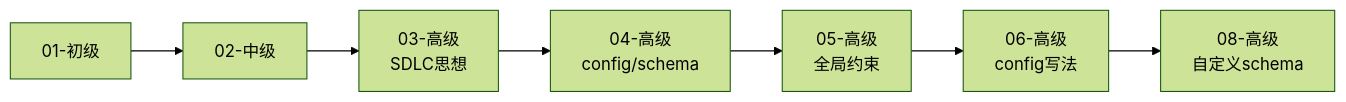
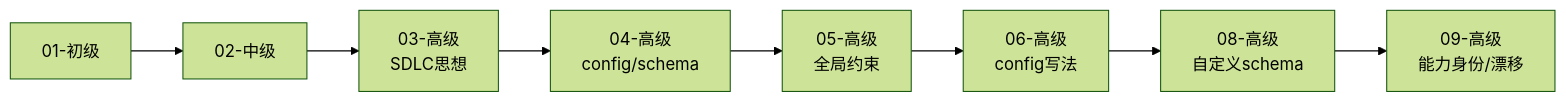
The second of 6 diagrams in _openspec_handbook/00-index.md (ethan-jiang-3/OpenSpec), drawn with Mermaid (forest theme) before and after one commit. The commit also changed other lines of this file and 26 other files, not shown here.

````diff
--- a/_openspec_handbook/00-index.md
+++ b/_openspec_handbook/00-index.md
@@ -101,7 +128,8 @@
 ```mermaid
 graph LR
     A[01-初级] --> B[02-中级] --> C[03-高级<br/>SDLC思想]
     C --> D[04-高级<br/>config/schema] --> E[05-高级<br/>全局约束]
     E --> F[06-高级<br/>config写法]
     F --> G[08-高级<br/>自定义schema]
+    G --> H[09-高级<br/>能力身份/漂移]
 ```
````
